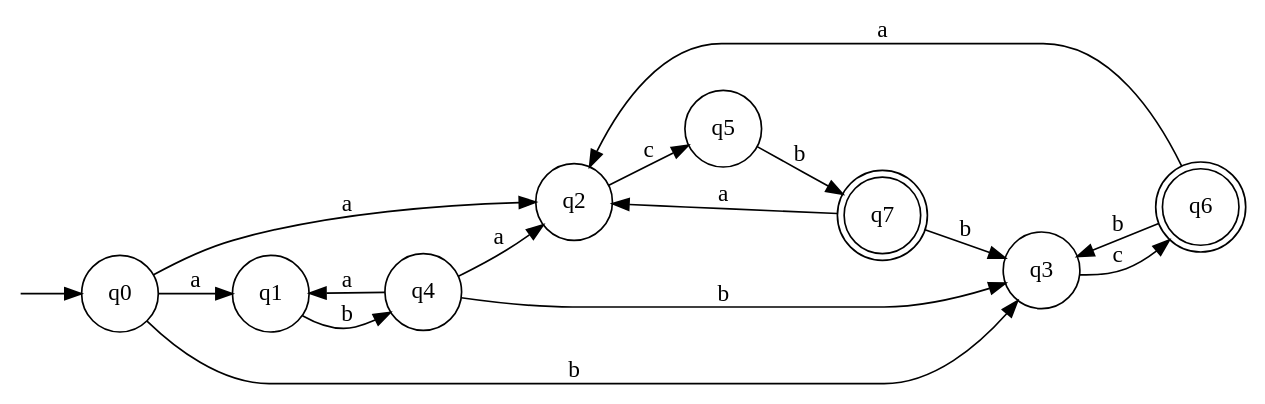
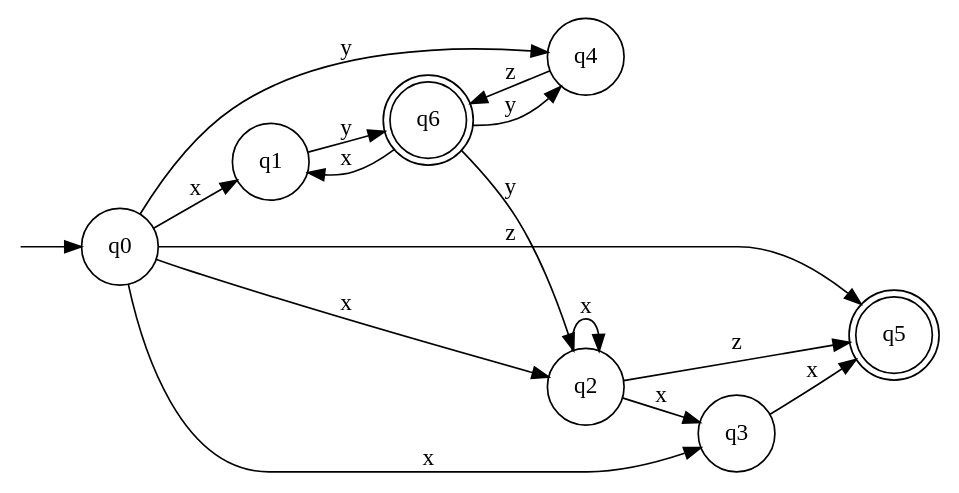
One commit to water-mizuu/finite_automata_conversion changed the diagram in nfa.dot. Above: the diagram before and after it, drawn with Graphviz. The commit also changed 10 other files, not shown here.

```diff
--- a/nfa.dot
+++ b/nfa.dot
@@ -1,27 +1,26 @@
 digraph G {
   rankdir=LR;
   n__ [label="" shape=none width=.0];
   0 [shape=circle label="q0"]
-  1 [shape=circle label="q1"]
-  2 [shape=circle label="q4"]
-  3 [shape=circle label="q3"]
+  2 [shape=circle label="q1"]
+  3 [shape=circle label="q4"]
   4 [shape=doublecircle label="q6"]
   5 [shape=circle label="q2"]
-  6 [shape=circle label="q5"]
-  7 [shape=doublecircle label="q7"]
+  6 [shape=doublecircle label="q5"]
+  7 [shape=circle label="q3"]
   n__ -> 0;
-  0 -> 1 [label="a"]
-  0 -> 5 [label="a"]
-  0 -> 3 [label="b"]
-  1 -> 2 [label="b"]
-  2 -> 1 [label="a"]
-  2 -> 5 [label="a"]
-  2 -> 3 [label="b"]
-  3 -> 4 [label="c"]
-  4 -> 5 [label="a"]
-  4 -> 3 [label="b"]
-  5 -> 6 [label="c"]
-  6 -> 7 [label="b"]
-  7 -> 5 [label="a"]
-  7 -> 3 [label="b"]
+  0 -> 2 [label="x"]
+  0 -> 5 [label="x"]
+  0 -> 7 [label="x"]
+  4 -> 2 [label="x"]
+  5 -> 5 [label="x"]
+  5 -> 7 [label="x"]
+  7 -> 6 [label="x"]
+  0 -> 3 [label="y"]
+  2 -> 4 [label="y"]
+  4 -> 3 [label="y"]
+  4 -> 5 [label="y"]
+  0 -> 6 [label="z"]
+  3 -> 4 [label="z"]
+  5 -> 6 [label="z"]
 }
```
